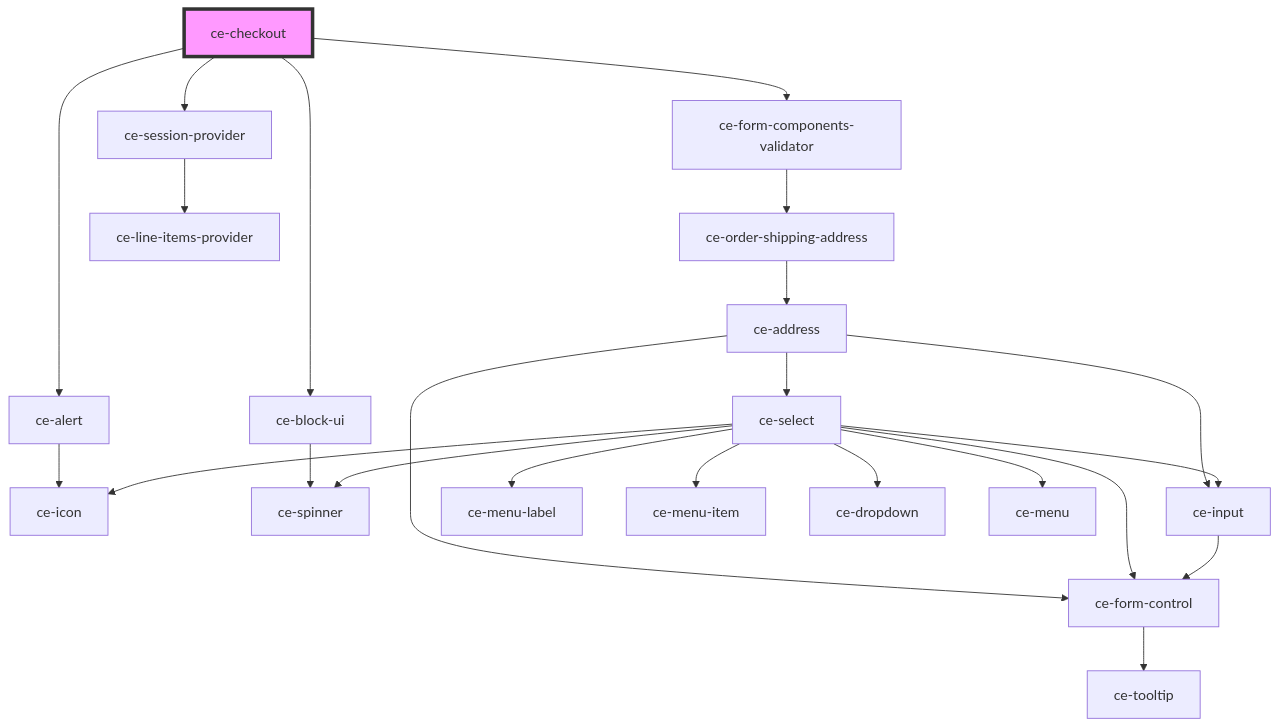
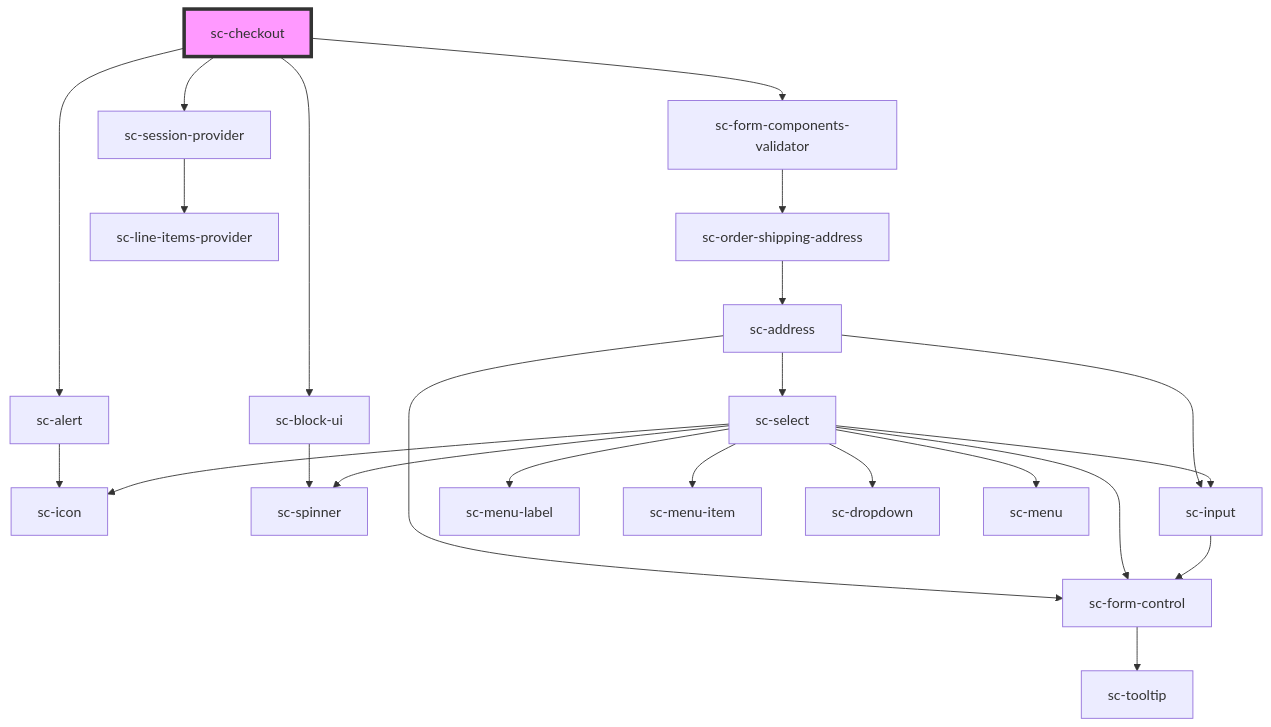
The diagram in packages/components/src/components/controllers/checkout-form/checkout/readme.md (surecart/surecart-wp-plugin), drawn with Mermaid before and after one commit. The commit also changed other lines of this file and 1281 other files, not shown here.

````diff
--- a/packages/components/src/components/controllers/checkout-form/checkout/readme.md
+++ b/packages/components/src/components/controllers/checkout-form/checkout/readme.md
@@ -37,26 +37,26 @@
 ```mermaid
 graph TD;
-  ce-checkout --> ce-alert
-  ce-checkout --> ce-block-ui
-  ce-checkout --> ce-form-components-validator
-  ce-checkout --> ce-session-provider
-  ce-alert --> ce-icon
-  ce-block-ui --> ce-spinner
-  ce-form-components-validator --> ce-order-shipping-address
-  ce-order-shipping-address --> ce-address
-  ce-address --> ce-form-control
-  ce-address --> ce-select
-  ce-address --> ce-input
-  ce-form-control --> ce-tooltip
-  ce-select --> ce-menu-label
-  ce-select --> ce-menu-item
-  ce-select --> ce-form-control
-  ce-select --> ce-dropdown
-  ce-select --> ce-icon
-  ce-select --> ce-input
-  ce-select --> ce-spinner
-  ce-select --> ce-menu
-  ce-input --> ce-form-control
-  ce-session-provider --> ce-line-items-provider
-  style ce-checkout fill:#f9f,stroke:#333,stroke-width:4px
+  sc-checkout --> sc-alert
+  sc-checkout --> sc-block-ui
+  sc-checkout --> sc-form-components-validator
+  sc-checkout --> sc-session-provider
+  sc-alert --> sc-icon
+  sc-block-ui --> sc-spinner
+  sc-form-components-validator --> sc-order-shipping-address
+  sc-order-shipping-address --> sc-address
+  sc-address --> sc-form-control
+  sc-address --> sc-select
+  sc-address --> sc-input
+  sc-form-control --> sc-tooltip
+  sc-select --> sc-menu-label
+  sc-select --> sc-menu-item
+  sc-select --> sc-form-control
+  sc-select --> sc-dropdown
+  sc-select --> sc-icon
+  sc-select --> sc-input
+  sc-select --> sc-spinner
+  sc-select --> sc-menu
+  sc-input --> sc-form-control
+  sc-session-provider --> sc-line-items-provider
+  style sc-checkout fill:#f9f,stroke:#333,stroke-width:4px
 ```
````
